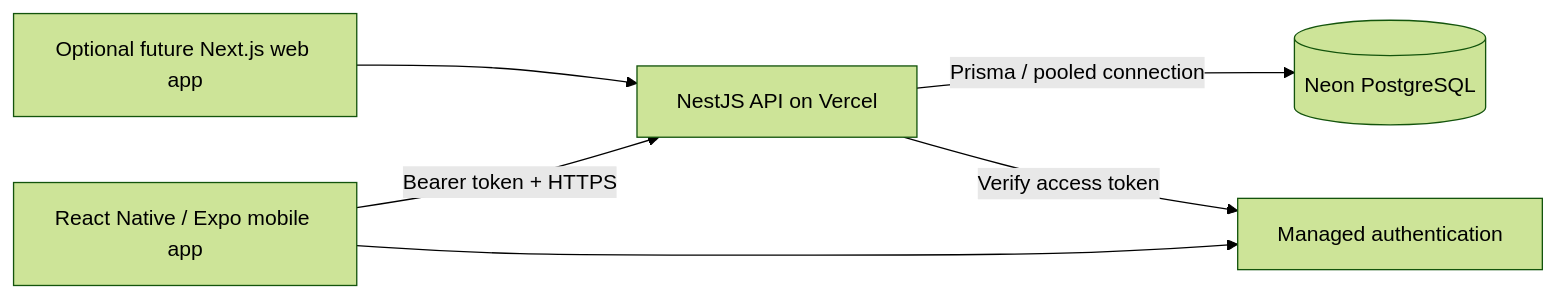
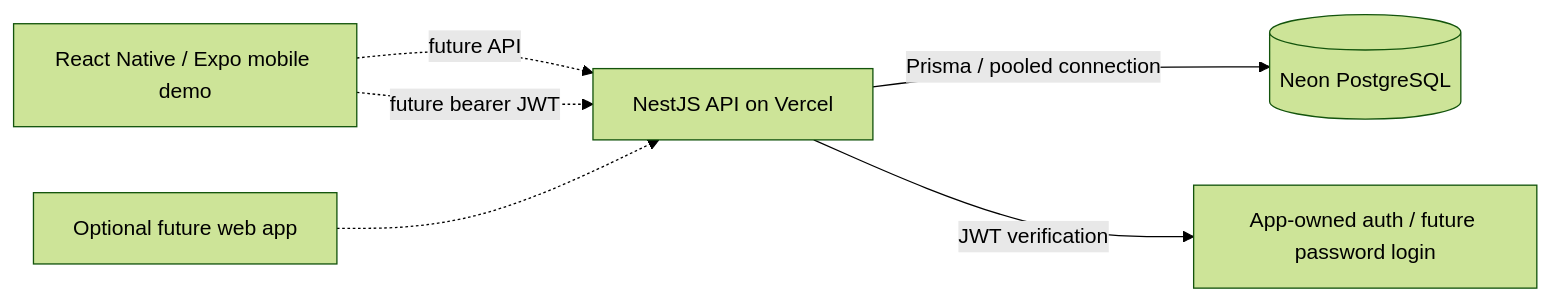
Before and after one commit to sleepy56/Brewtual: the diagram in docs/DEPLOYMENT_AND_MOBILE_PLAN.md, drawn with Mermaid (forest theme). The commit also changed other lines of this file and 53 other files, not shown here.

Commit message:
feat: add Expo web app and private password authentication

````diff
--- a/docs/DEPLOYMENT_AND_MOBILE_PLAN.md
+++ b/docs/DEPLOYMENT_AND_MOBILE_PLAN.md
@@ -7,8 +9,8 @@
 ```mermaid
 flowchart LR
-  M[React Native / Expo mobile app] -->|Bearer token + HTTPS| A[NestJS API on Vercel]
+  M[React Native / Expo mobile demo] -. future API .-> A[NestJS API on Vercel]
   A -->|Prisma / pooled connection| D[(Neon PostgreSQL)]
-  M --> S[Managed authentication]
-  A -->|Verify access token| S
-  W[Optional future Next.js web app] --> A
+  M -. future bearer JWT .-> A
+  A -->|JWT verification| J[App-owned auth / future password login]
+  W[Optional future web app] -.-> A
 ```
````
